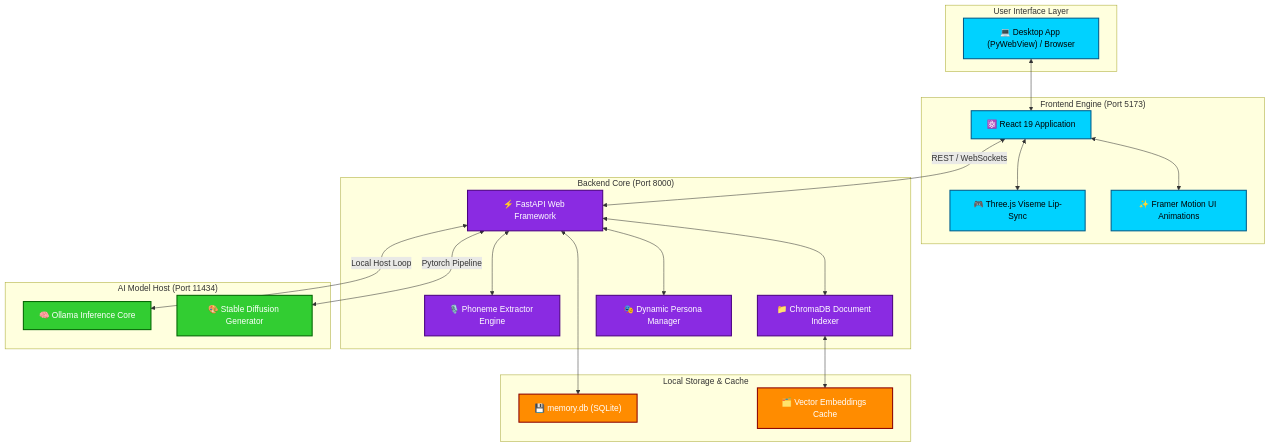
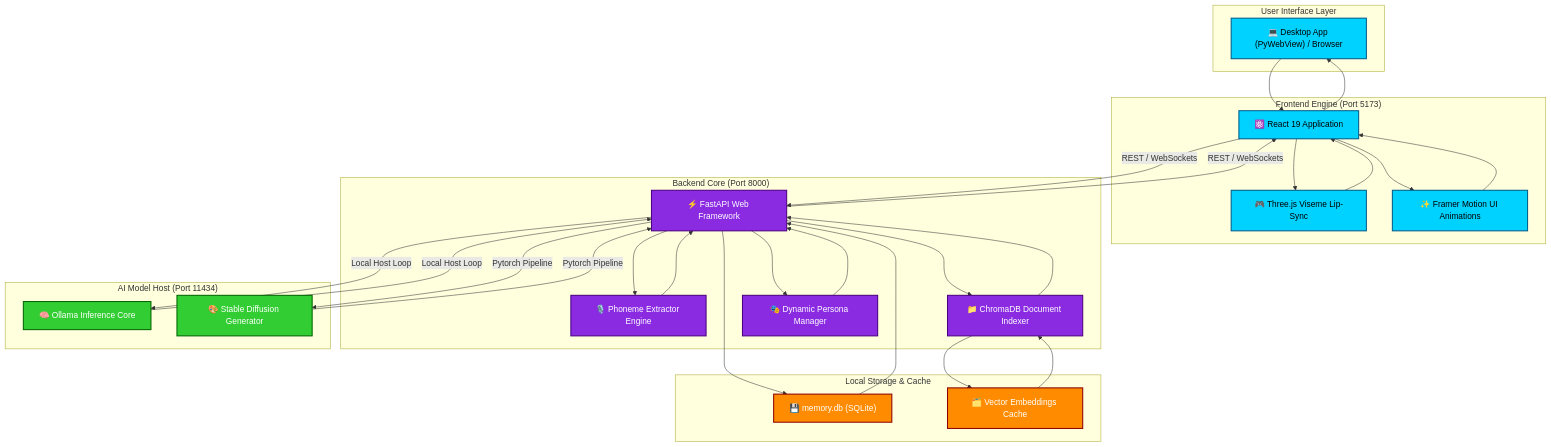
The first of 2 diagrams in README.md (bhaskar241106/LEO), drawn with Mermaid before and after one commit.

Commit message:
docs: fix invalid flowchart bidirectional arrow syntax in README.md

````diff
--- a/README.md
+++ b/README.md
@@ -56,46 +56,57 @@
 ```mermaid
 graph TD
     classDef frontend fill:#00d2ff,stroke:#005c8a,stroke-width:2px,color:#000;
     classDef backend fill:#8a2be2,stroke:#4b0082,stroke-width:2px,color:#fff;
     classDef models fill:#32cd32,stroke:#006400,stroke-width:2px,color:#fff;
     classDef storage fill:#ff8c00,stroke:#8b0000,stroke-width:2px,color:#fff;
 
     subgraph UI_Layer ["User Interface Layer"]
         UI["💻 Desktop App (PyWebView) / Browser"]:::frontend
     end
 
     subgraph FE_Engine ["Frontend Engine (Port 5173)"]
         R19["⚛️ React 19 Application"]:::frontend
         TJS["🎮 Three.js Viseme Lip-Sync"]:::frontend
         FMO["✨ Framer Motion UI Animations"]:::frontend
     end
 
     subgraph BE_Core ["Backend Core (Port 8000)"]
         FAS["⚡ FastAPI Web Framework"]:::backend
         PHO["🎙️ Phoneme Extractor Engine"]:::backend
         RAG["📁 ChromaDB Document Indexer"]:::backend
         PER["🎭 Dynamic Persona Manager"]:::backend
     end
 
     subgraph AI_Host ["AI Model Host (Port 11434)"]
         OLL["🧠 Ollama Inference Core"]:::models
         SDM["🎨 Stable Diffusion Generator"]:::models
     end
 
     subgraph Local_Storage ["Local Storage & Cache"]
         SQL["💾 memory.db (SQLite)"]:::storage
         VEC["🗂️ Vector Embeddings Cache"]:::storage
     end
 
-    UI <--> R19
-    R19 <--> TJS
-    R19 <--> FMO
-    R19 <-->|REST / WebSockets| FAS
-    FAS <--> PHO
-    FAS <--> RAG
-    FAS <--> PER
-    FAS <-->|Local Host Loop| OLL
-    FAS <-->|Pytorch Pipeline| SDM
-    FAS <--> SQL
-    RAG <--> VEC
+    UI --> R19
+    R19 --> UI
+    R19 --> TJS
+    TJS --> R19
+    R19 --> FMO
+    FMO --> R19
+    R19 -->|REST / WebSockets| FAS
+    FAS -->|REST / WebSockets| R19
+    FAS --> PHO
+    PHO --> FAS
+    FAS --> RAG
+    RAG --> FAS
+    FAS --> PER
+    PER --> FAS
+    FAS -->|Local Host Loop| OLL
+    OLL -->|Local Host Loop| FAS
+    FAS -->|Pytorch Pipeline| SDM
+    SDM -->|Pytorch Pipeline| FAS
+    FAS --> SQL
+    SQL --> FAS
+    RAG --> VEC
+    VEC --> RAG
 ```
````
